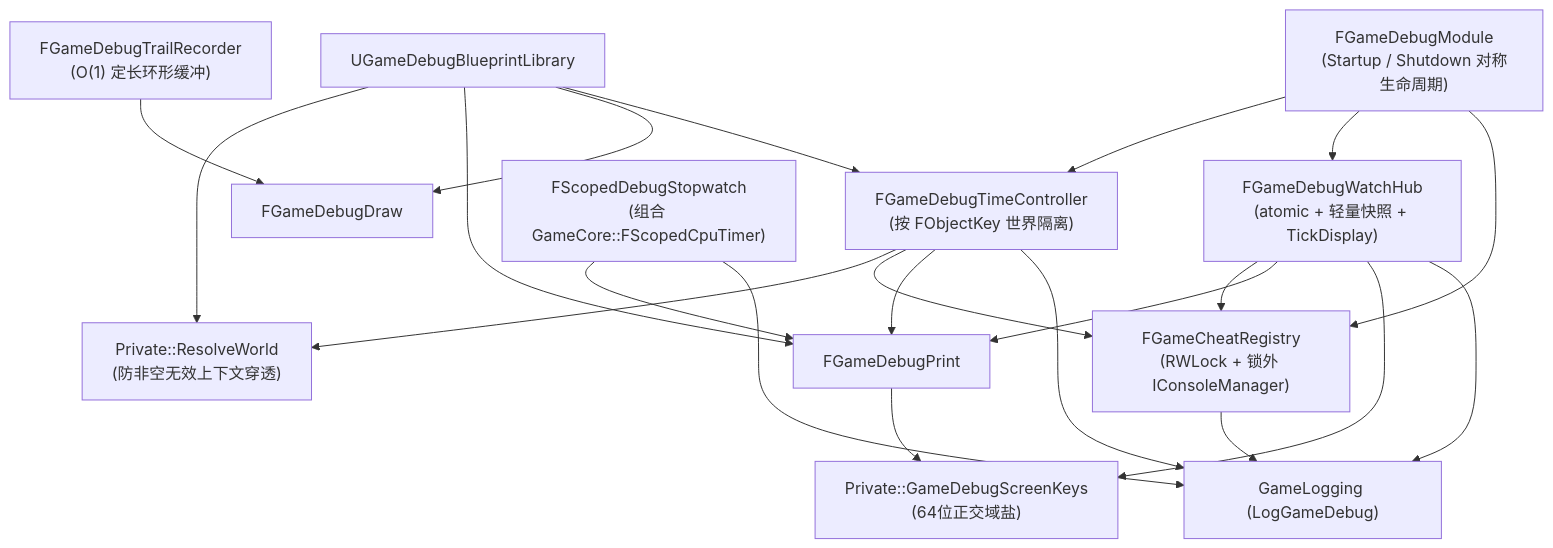
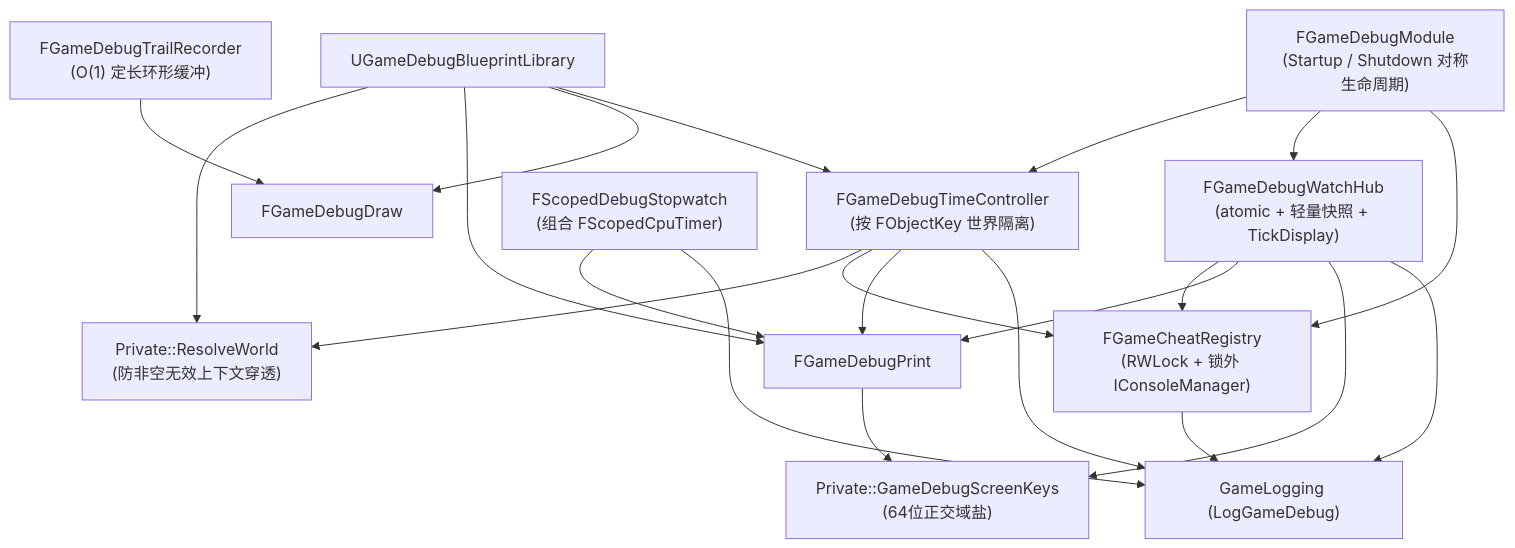
The diagram in Plugins/GameDebug/Docs/Architecture/Overview.md (YIice-cwj/ue5-toolkit), drawn with Mermaid before and after one commit. The commit also changed other lines of this file and 87 other files, not shown here.

````diff
--- a/Plugins/GameDebug/Docs/Architecture/Overview.md
+++ b/Plugins/GameDebug/Docs/Architecture/Overview.md
@@ -11,25 +11,25 @@
 ```mermaid
 graph TD
     Module["FGameDebugModule<br>(Startup / Shutdown 对称生命周期)"] --> TimeCtrl["FGameDebugTimeController<br>(按 FObjectKey 世界隔离)"]
     Module --> WatchHub["FGameDebugWatchHub<br>(atomic + 轻量快照 + TickDisplay)"]
     Module --> CheatReg["FGameCheatRegistry<br>(RWLock + 锁外 IConsoleManager)"]
 
     BPLib["UGameDebugBlueprintLibrary"] --> WorldRes["Private::ResolveWorld<br>(防非空无效上下文穿透)"]
     BPLib --> Print["FGameDebugPrint"]
     BPLib --> Draw["FGameDebugDraw"]
     BPLib --> TimeCtrl
 
     TimeCtrl --> WorldRes
     TimeCtrl --> CheatReg
     TimeCtrl --> Print
     WatchHub --> CheatReg
     WatchHub --> Print
     WatchHub --> Keys["Private::GameDebugScreenKeys<br>(64位正交域盐)"]
     Print --> Keys
     Trail["FGameDebugTrailRecorder<br>(O(1) 定长环形缓冲)"] --> Draw
-    Stopwatch["FScopedDebugStopwatch<br>(组合 GameCore::FScopedCpuTimer)"] --> Print
+    Stopwatch["FScopedDebugStopwatch<br>(组合 FScopedCpuTimer)"] --> Print
     Stopwatch --> Logging["GameLogging (LogGameDebug)"]
     CheatReg --> Logging
     TimeCtrl --> Logging
     WatchHub --> Logging
 ```
````
